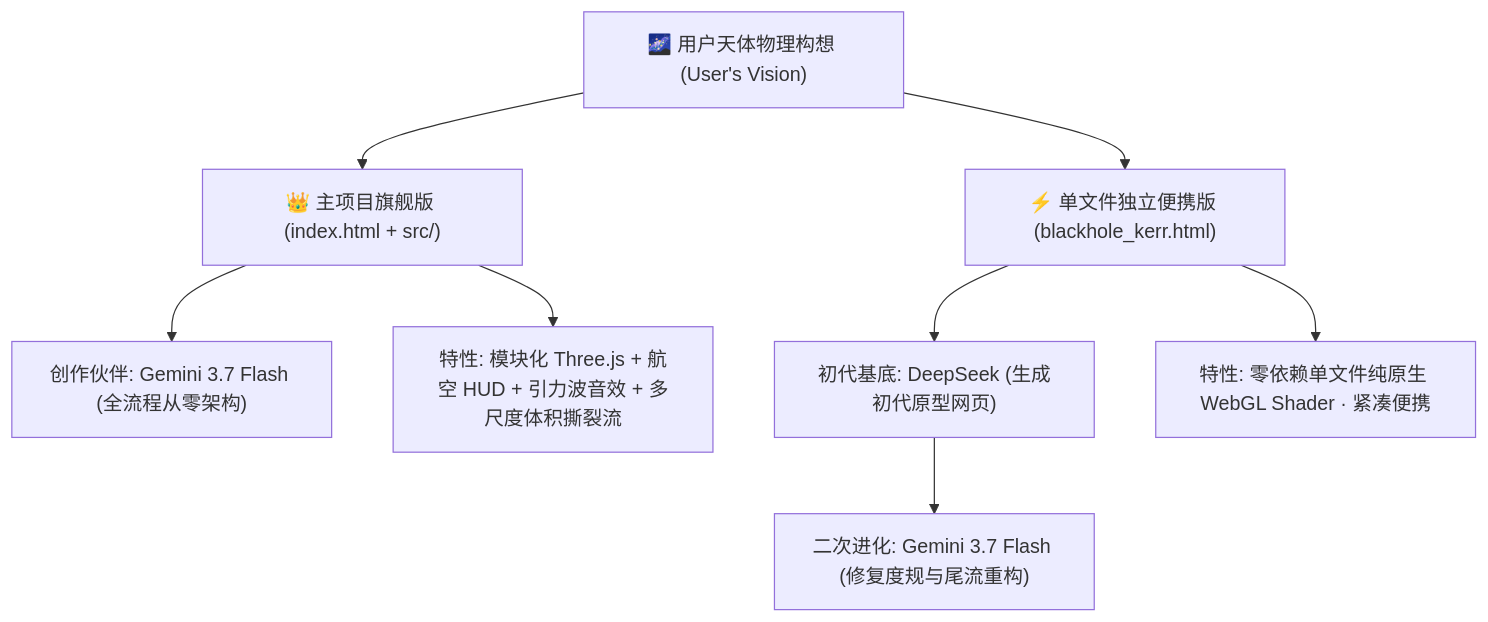
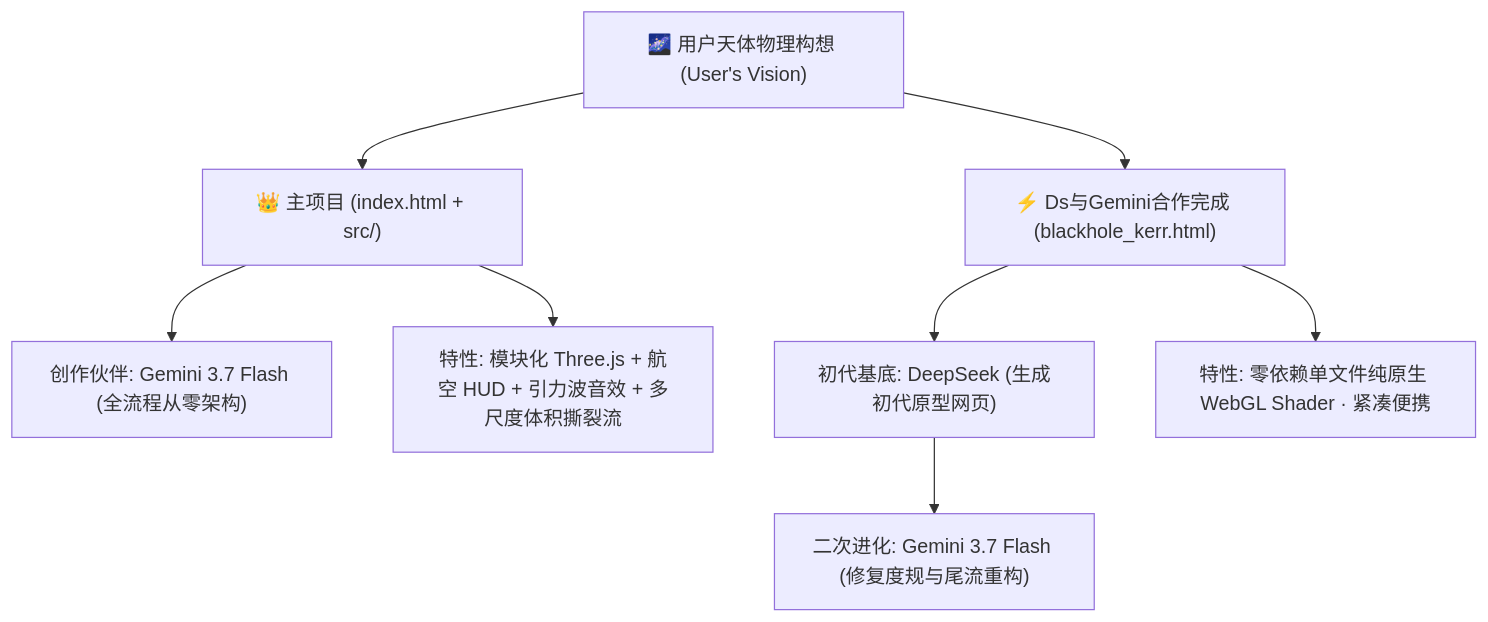
The diagram in README.md (yhhhhdo/Gemini3.7flash-blackhole), drawn with Mermaid before and after one commit. The commit also changed other lines of this file, not shown here.

````diff
--- a/README.md
+++ b/README.md
@@ -20,12 +20,12 @@
 ```mermaid
 graph TD
-    A["🌌 用户天体物理构想 (User's Vision)"] --> B["👑 主项目旗舰版 (index.html + src/)"]
-    A --> C["⚡ 单文件独立便携版 (blackhole_kerr.html)"]
+    A["🌌 用户天体物理构想 (User's Vision)"] --> B["👑 主项目 (index.html + src/)"]
+    A --> C["⚡ Ds与Gemini合作完成 (blackhole_kerr.html)"]
     
     B --> B1["创作伙伴: Gemini 3.7 Flash (全流程从零架构)"]
     B --> B2["特性: 模块化 Three.js + 航空 HUD + 引力波音效 + 多尺度体积撕裂流"]
     
     C --> C1["初代基底: DeepSeek (生成初代原型网页)"]
     C1 --> C2["二次进化: Gemini 3.7 Flash (修复度规与尾流重构)"]
     C --> C3["特性: 零依赖单文件纯原生 WebGL Shader · 紧凑便携"]
 ```
````
